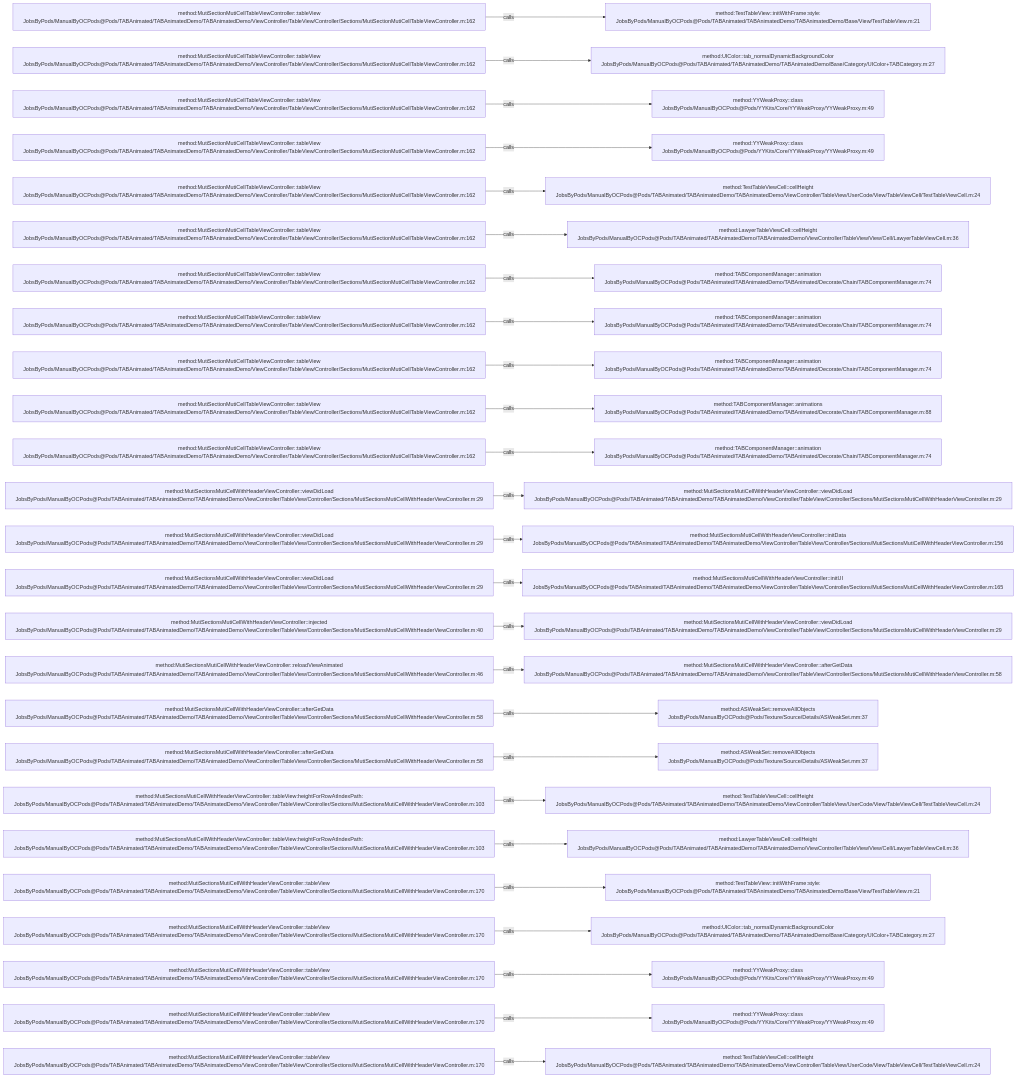
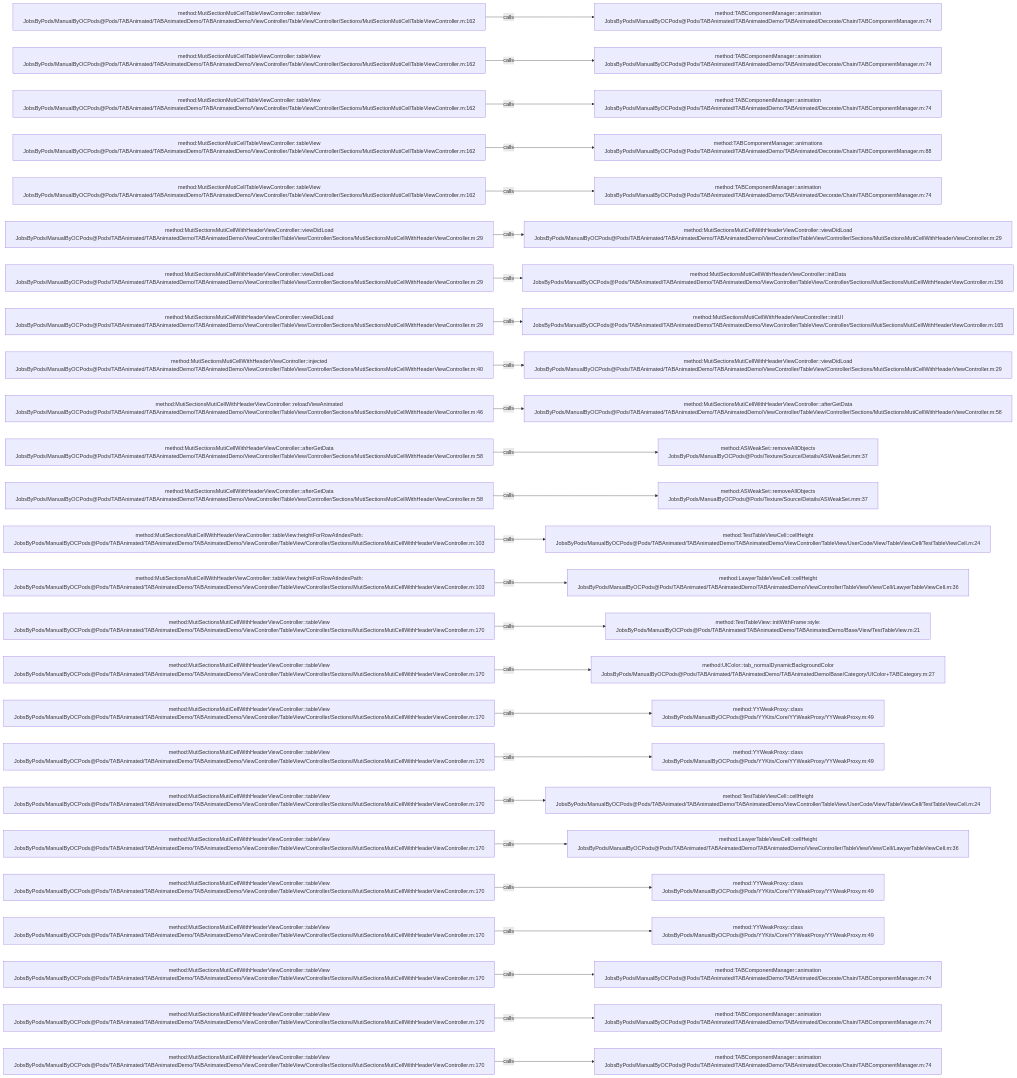
The diagram in .codegraph/codegraph.md/graphs/calls-054.md (JobsKits/JobsOCBaseConfigDemo), drawn with Mermaid before and after one commit. The commit also changed 666 other files, not shown here.

````diff
--- a/.codegraph/codegraph.md/graphs/calls-054.md
+++ b/.codegraph/codegraph.md/graphs/calls-054.md
@@ -13,78 +13,78 @@
 ```mermaid
 flowchart LR
   S1["method:MutiSectionMutiCellTableViewController::tableView<br/>JobsByPods/ManualByOCPods@Pods/TABAnimated/TABAnimatedDemo/TABAnimatedDemo/ViewController/TableView/Controller/Sections/MutiSectionMutiCellTableViewController.m:162"]
-  T1["method:TestTableView::initWithFrame:style:<br/>JobsByPods/ManualByOCPods@Pods/TABAnimated/TABAnimatedDemo/TABAnimatedDemo/Base/View/TestTableView.m:21"]
+  T1["method:TABComponentManager::animation<br/>JobsByPods/ManualByOCPods@Pods/TABAnimated/TABAnimatedDemo/TABAnimated/Decorate/Chain/TABComponentManager.m:74"]
   S1 -->|calls| T1
   S2["method:MutiSectionMutiCellTableViewController::tableView<br/>JobsByPods/ManualByOCPods@Pods/TABAnimated/TABAnimatedDemo/TABAnimatedDemo/ViewController/TableView/Controller/Sections/MutiSectionMutiCellTableViewController.m:162"]
-  T2["method:UIColor::tab_normalDynamicBackgroundColor<br/>JobsByPods/ManualByOCPods@Pods/TABAnimated/TABAnimatedDemo/TABAnimatedDemo/Base/Category/UIColor+TABCategory.m:27"]
+  T2["method:TABComponentManager::animation<br/>JobsByPods/ManualByOCPods@Pods/TABAnimated/TABAnimatedDemo/TABAnimated/Decorate/Chain/TABComponentManager.m:74"]
   S2 -->|calls| T2
   S3["method:MutiSectionMutiCellTableViewController::tableView<br/>JobsByPods/ManualByOCPods@Pods/TABAnimated/TABAnimatedDemo/TABAnimatedDemo/ViewController/TableView/Controller/Sections/MutiSectionMutiCellTableViewController.m:162"]
-  T3["method:YYWeakProxy::class<br/>JobsByPods/ManualByOCPods@Pods/YYKits/Core/YYWeakProxy/YYWeakProxy.m:49"]
+  T3["method:TABComponentManager::animation<br/>JobsByPods/ManualByOCPods@Pods/TABAnimated/TABAnimatedDemo/TABAnimated/Decorate/Chain/TABComponentManager.m:74"]
   S3 -->|calls| T3
   S4["method:MutiSectionMutiCellTableViewController::tableView<br/>JobsByPods/ManualByOCPods@Pods/TABAnimated/TABAnimatedDemo/TABAnimatedDemo/ViewController/TableView/Controller/Sections/MutiSectionMutiCellTableViewController.m:162"]
-  T4["method:YYWeakProxy::class<br/>JobsByPods/ManualByOCPods@Pods/YYKits/Core/YYWeakProxy/YYWeakProxy.m:49"]
+  T4["method:TABComponentManager::animations<br/>JobsByPods/ManualByOCPods@Pods/TABAnimated/TABAnimatedDemo/TABAnimated/Decorate/Chain/TABComponentManager.m:88"]
   S4 -->|calls| T4
   S5["method:MutiSectionMutiCellTableViewController::tableView<br/>JobsByPods/ManualByOCPods@Pods/TABAnimated/TABAnimatedDemo/TABAnimatedDemo/ViewController/TableView/Controller/Sections/MutiSectionMutiCellTableViewController.m:162"]
-  T5["method:TestTableViewCell::cellHeight<br/>JobsByPods/ManualByOCPods@Pods/TABAnimated/TABAnimatedDemo/TABAnimatedDemo/ViewController/TableView/UserCode/View/TableViewCell/TestTableViewCell.m:24"]
+  T5["method:TABComponentManager::animation<br/>JobsByPods/ManualByOCPods@Pods/TABAnimated/TABAnimatedDemo/TABAnimated/Decorate/Chain/TABComponentManager.m:74"]
   S5 -->|calls| T5
-  S6["method:MutiSectionMutiCellTableViewController::tableView<br/>JobsByPods/ManualByOCPods@Pods/TABAnimated/TABAnimatedDemo/TABAnimatedDemo/ViewController/TableView/Controller/Sections/MutiSectionMutiCellTableViewController.m:162"]
-  T6["method:LawyerTableViewCell::cellHeight<br/>JobsByPods/ManualByOCPods@Pods/TABAnimated/TABAnimatedDemo/TABAnimatedDemo/ViewController/TableView/View/Cell/LawyerTableViewCell.m:36"]
+  S6["method:MutiSectionsMutiCellWithHeaderViewController::viewDidLoad<br/>JobsByPods/ManualByOCPods@Pods/TABAnimated/TABAnimatedDemo/TABAnimatedDemo/ViewController/TableView/Controller/Sections/MutiSectionsMutiCellWithHeaderViewController.m:29"]
+  T6["method:MutiSectionsMutiCellWithHeaderViewController::viewDidLoad<br/>JobsByPods/ManualByOCPods@Pods/TABAnimated/TABAnimatedDemo/TABAnimatedDemo/ViewController/TableView/Controller/Sections/MutiSectionsMutiCellWithHeaderViewController.m:29"]
   S6 -->|calls| T6
-  S7["method:MutiSectionMutiCellTableViewController::tableView<br/>JobsByPods/ManualByOCPods@Pods/TABAnimated/TABAnimatedDemo/TABAnimatedDemo/ViewController/TableView/Controller/Sections/MutiSectionMutiCellTableViewController.m:162"]
-  T7["method:TABComponentManager::animation<br/>JobsByPods/ManualByOCPods@Pods/TABAnimated/TABAnimatedDemo/TABAnimated/Decorate/Chain/TABComponentManager.m:74"]
+  S7["method:MutiSectionsMutiCellWithHeaderViewController::viewDidLoad<br/>JobsByPods/ManualByOCPods@Pods/TABAnimated/TABAnimatedDemo/TABAnimatedDemo/ViewController/TableView/Controller/Sections/MutiSectionsMutiCellWithHeaderViewController.m:29"]
+  T7["method:MutiSectionsMutiCellWithHeaderViewController::initData<br/>JobsByPods/ManualByOCPods@Pods/TABAnimated/TABAnimatedDemo/TABAnimatedDemo/ViewController/TableView/Controller/Sections/MutiSectionsMutiCellWithHeaderViewController.m:156"]
   S7 -->|calls| T7
-  S8["method:MutiSectionMutiCellTableViewController::tableView<br/>JobsByPods/ManualByOCPods@Pods/TABAnimated/TABAnimatedDemo/TABAnimatedDemo/ViewController/TableView/Controller/Sections/MutiSectionMutiCellTableViewController.m:162"]
-  T8["method:TABComponentManager::animation<br/>JobsByPods/ManualByOCPods@Pods/TABAnimated/TABAnimatedDemo/TABAnimated/Decorate/Chain/TABComponentManager.m:74"]
+  S8["method:MutiSectionsMutiCellWithHeaderViewController::viewDidLoad<br/>JobsByPods/ManualByOCPods@Pods/TABAnimated/TABAnimatedDemo/TABAnimatedDemo/ViewController/TableView/Controller/Sections/MutiSectionsMutiCellWithHeaderViewController.m:29"]
+  T8["method:MutiSectionsMutiCellWithHeaderViewController::initUI<br/>JobsByPods/ManualByOCPods@Pods/TABAnimated/TABAnimatedDemo/TABAnimatedDemo/ViewController/TableView/Controller/Sections/MutiSectionsMutiCellWithHeaderViewController.m:165"]
   S8 -->|calls| T8
-  S9["method:MutiSectionMutiCellTableViewController::tableView<br/>JobsByPods/ManualByOCPods@Pods/TABAnimated/TABAnimatedDemo/TABAnimatedDemo/ViewController/TableView/Controller/Sections/MutiSectionMutiCellTableViewController.m:162"]
-  T9["method:TABComponentManager::animation<br/>JobsByPods/ManualByOCPods@Pods/TABAnimated/TABAnimatedDemo/TABAnimated/Decorate/Chain/TABComponentManager.m:74"]
+  S9["method:MutiSectionsMutiCellWithHeaderViewController::injected<br/>JobsByPods/ManualByOCPods@Pods/TABAnimated/TABAnimatedDemo/TABAnimatedDemo/ViewController/TableView/Controller/Sections/MutiSectionsMutiCellWithHeaderViewController.m:40"]
+  T9["method:MutiSectionsMutiCellWithHeaderViewController::viewDidLoad<br/>JobsByPods/ManualByOCPods@Pods/TABAnimated/TABAnimatedDemo/TABAnimatedDemo/ViewController/TableView/Controller/Sections/MutiSectionsMutiCellWithHeaderViewController.m:29"]
   S9 -->|calls| T9
-  S10["method:MutiSectionMutiCellTableViewController::tableView<br/>JobsByPods/ManualByOCPods@Pods/TABAnimated/TABAnimatedDemo/TABAnimatedDemo/ViewController/TableView/Controller/Sections/MutiSectionMutiCellTableViewController.m:162"]
-  T10["method:TABComponentManager::animations<br/>JobsByPods/ManualByOCPods@Pods/TABAnimated/TABAnimatedDemo/TABAnimated/Decorate/Chain/TABComponentManager.m:88"]
+  S10["method:MutiSectionsMutiCellWithHeaderViewController::reloadViewAnimated<br/>JobsByPods/ManualByOCPods@Pods/TABAnimated/TABAnimatedDemo/TABAnimatedDemo/ViewController/TableView/Controller/Sections/MutiSectionsMutiCellWithHeaderViewController.m:46"]
+  T10["method:MutiSectionsMutiCellWithHeaderViewController::afterGetData<br/>JobsByPods/ManualByOCPods@Pods/TABAnimated/TABAnimatedDemo/TABAnimatedDemo/ViewController/TableView/Controller/Sections/MutiSectionsMutiCellWithHeaderViewController.m:58"]
   S10 -->|calls| T10
-  S11["method:MutiSectionMutiCellTableViewController::tableView<br/>JobsByPods/ManualByOCPods@Pods/TABAnimated/TABAnimatedDemo/TABAnimatedDemo/ViewController/TableView/Controller/Sections/MutiSectionMutiCellTableViewController.m:162"]
-  T11["method:TABComponentManager::animation<br/>JobsByPods/ManualByOCPods@Pods/TABAnimated/TABAnimatedDemo/TABAnimated/Decorate/Chain/TABComponentManager.m:74"]
+  S11["method:MutiSectionsMutiCellWithHeaderViewController::afterGetData<br/>JobsByPods/ManualByOCPods@Pods/TABAnimated/TABAnimatedDemo/TABAnimatedDemo/ViewController/TableView/Controller/Sections/MutiSectionsMutiCellWithHeaderViewController.m:58"]
+  T11["method:ASWeakSet::removeAllObjects<br/>JobsByPods/ManualByOCPods@Pods/Texture/Source/Details/ASWeakSet.mm:37"]
   S11 -->|calls| T11
-  S12["method:MutiSectionsMutiCellWithHeaderViewController::viewDidLoad<br/>JobsByPods/ManualByOCPods@Pods/TABAnimated/TABAnimatedDemo/TABAnimatedDemo/ViewController/TableView/Controller/Sections/MutiSectionsMutiCellWithHeaderViewController.m:29"]
-  T12["method:MutiSectionsMutiCellWithHeaderViewController::viewDidLoad<br/>JobsByPods/ManualByOCPods@Pods/TABAnimated/TABAnimatedDemo/TABAnimatedDemo/ViewController/TableView/Controller/Sections/MutiSectionsMutiCellWithHeaderViewController.m:29"]
+  S12["method:MutiSectionsMutiCellWithHeaderViewController::afterGetData<br/>JobsByPods/ManualByOCPods@Pods/TABAnimated/TABAnimatedDemo/TABAnimatedDemo/ViewController/TableView/Controller/Sections/MutiSectionsMutiCellWithHeaderViewController.m:58"]
+  T12["method:ASWeakSet::removeAllObjects<br/>JobsByPods/ManualByOCPods@Pods/Texture/Source/Details/ASWeakSet.mm:37"]
   S12 -->|calls| T12
-  S13["method:MutiSectionsMutiCellWithHeaderViewController::viewDidLoad<br/>JobsByPods/ManualByOCPods@Pods/TABAnimated/TABAnimatedDemo/TABAnimatedDemo/ViewController/TableView/Controller/Sections/MutiSectionsMutiCellWithHeaderViewController.m:29"]
-  T13["method:MutiSectionsMutiCellWithHeaderViewController::initData<br/>JobsByPods/ManualByOCPods@Pods/TABAnimated/TABAnimatedDemo/TABAnimatedDemo/ViewController/TableView/Controller/Sections/MutiSectionsMutiCellWithHeaderViewController.m:156"]
+  S13["method:MutiSectionsMutiCellWithHeaderViewController::tableView:heightForRowAtIndexPath:<br/>JobsByPods/ManualByOCPods@Pods/TABAnimated/TABAnimatedDemo/TABAnimatedDemo/ViewController/TableView/Controller/Sections/MutiSectionsMutiCellWithHeaderViewController.m:103"]
+  T13["method:TestTableViewCell::cellHeight<br/>JobsByPods/ManualByOCPods@Pods/TABAnimated/TABAnimatedDemo/TABAnimatedDemo/ViewController/TableView/UserCode/View/TableViewCell/TestTableViewCell.m:24"]
   S13 -->|calls| T13
-  S14["method:MutiSectionsMutiCellWithHeaderViewController::viewDidLoad<br/>JobsByPods/ManualByOCPods@Pods/TABAnimated/TABAnimatedDemo/TABAnimatedDemo/ViewController/TableView/Controller/Sections/MutiSectionsMutiCellWithHeaderViewController.m:29"]
-  T14["method:MutiSectionsMutiCellWithHeaderViewController::initUI<br/>JobsByPods/ManualByOCPods@Pods/TABAnimated/TABAnimatedDemo/TABAnimatedDemo/ViewController/TableView/Controller/Sections/MutiSectionsMutiCellWithHeaderViewController.m:165"]
+  S14["method:MutiSectionsMutiCellWithHeaderViewController::tableView:heightForRowAtIndexPath:<br/>JobsByPods/ManualByOCPods@Pods/TABAnimated/TABAnimatedDemo/TABAnimatedDemo/ViewController/TableView/Controller/Sections/MutiSectionsMutiCellWithHeaderViewController.m:103"]
+  T14["method:LawyerTableViewCell::cellHeight<br/>JobsByPods/ManualByOCPods@Pods/TABAnimated/TABAnimatedDemo/TABAnimatedDemo/ViewController/TableView/View/Cell/LawyerTableViewCell.m:36"]
   S14 -->|calls| T14
-  S15["method:MutiSectionsMutiCellWithHeaderViewController::injected<br/>JobsByPods/ManualByOCPods@Pods/TABAnimated/TABAnimatedDemo/TABAnimatedDemo/ViewController/TableView/Controller/Sections/MutiSectionsMutiCellWithHeaderViewController.m:40"]
-  T15["method:MutiSectionsMutiCellWithHeaderViewController::viewDidLoad<br/>JobsByPods/ManualByOCPods@Pods/TABAnimated/TABAnimatedDemo/TABAnimatedDemo/ViewController/TableView/Controller/Sections/MutiSectionsMutiCellWithHeaderViewController.m:29"]
+  S15["method:MutiSectionsMutiCellWithHeaderViewController::tableView<br/>JobsByPods/ManualByOCPods@Pods/TABAnimated/TABAnimatedDemo/TABAnimatedDemo/ViewController/TableView/Controller/Sections/MutiSectionsMutiCellWithHeaderViewController.m:170"]
+  T15["method:TestTableView::initWithFrame:style:<br/>JobsByPods/ManualByOCPods@Pods/TABAnimated/TABAnimatedDemo/TABAnimatedDemo/Base/View/TestTableView.m:21"]
   S15 -->|calls| T15
-  S16["method:MutiSectionsMutiCellWithHeaderViewController::reloadViewAnimated<br/>JobsByPods/ManualByOCPods@Pods/TABAnimated/TABAnimatedDemo/TABAnimatedDemo/ViewController/TableView/Controller/Sections/MutiSectionsMutiCellWithHeaderViewController.m:46"]
-  T16["method:MutiSectionsMutiCellWithHeaderViewController::afterGetData<br/>JobsByPods/ManualByOCPods@Pods/TABAnimated/TABAnimatedDemo/TABAnimatedDemo/ViewController/TableView/Controller/Sections/MutiSectionsMutiCellWithHeaderViewController.m:58"]
+  S16["method:MutiSectionsMutiCellWithHeaderViewController::tableView<br/>JobsByPods/ManualByOCPods@Pods/TABAnimated/TABAnimatedDemo/TABAnimatedDemo/ViewController/TableView/Controller/Sections/MutiSectionsMutiCellWithHeaderViewController.m:170"]
+  T16["method:UIColor::tab_normalDynamicBackgroundColor<br/>JobsByPods/ManualByOCPods@Pods/TABAnimated/TABAnimatedDemo/TABAnimatedDemo/Base/Category/UIColor+TABCategory.m:27"]
   S16 -->|calls| T16
-  S17["method:MutiSectionsMutiCellWithHeaderViewController::afterGetData<br/>JobsByPods/ManualByOCPods@Pods/TABAnimated/TABAnimatedDemo/TABAnimatedDemo/ViewController/TableView/Controller/Sections/MutiSectionsMutiCellWithHeaderViewController.m:58"]
-  T17["method:ASWeakSet::removeAllObjects<br/>JobsByPods/ManualByOCPods@Pods/Texture/Source/Details/ASWeakSet.mm:37"]
+  S17["method:MutiSectionsMutiCellWithHeaderViewController::tableView<br/>JobsByPods/ManualByOCPods@Pods/TABAnimated/TABAnimatedDemo/TABAnimatedDemo/ViewController/TableView/Controller/Sections/MutiSectionsMutiCellWithHeaderViewController.m:170"]
+  T17["method:YYWeakProxy::class<br/>JobsByPods/ManualByOCPods@Pods/YYKits/Core/YYWeakProxy/YYWeakProxy.m:49"]
   S17 -->|calls| T17
-  S18["method:MutiSectionsMutiCellWithHeaderViewController::afterGetData<br/>JobsByPods/ManualByOCPods@Pods/TABAnimated/TABAnimatedDemo/TABAnimatedDemo/ViewController/TableView/Controller/Sections/MutiSectionsMutiCellWithHeaderViewController.m:58"]
-  T18["method:ASWeakSet::removeAllObjects<br/>JobsByPods/ManualByOCPods@Pods/Texture/Source/Details/ASWeakSet.mm:37"]
+  S18["method:MutiSectionsMutiCellWithHeaderViewController::tableView<br/>JobsByPods/ManualByOCPods@Pods/TABAnimated/TABAnimatedDemo/TABAnimatedDemo/ViewController/TableView/Controller/Sections/MutiSectionsMutiCellWithHeaderViewController.m:170"]
+  T18["method:YYWeakProxy::class<br/>JobsByPods/ManualByOCPods@Pods/YYKits/Core/YYWeakProxy/YYWeakProxy.m:49"]
   S18 -->|calls| T18
-  S19["method:MutiSectionsMutiCellWithHeaderViewController::tableView:heightForRowAtIndexPath:<br/>JobsByPods/ManualByOCPods@Pods/TABAnimated/TABAnimatedDemo/TABAnimatedDemo/ViewController/TableView/Controller/Sections/MutiSectionsMutiCellWithHeaderViewController.m:103"]
+  S19["method:MutiSectionsMutiCellWithHeaderViewController::tableView<br/>JobsByPods/ManualByOCPods@Pods/TABAnimated/TABAnimatedDemo/TABAnimatedDemo/ViewController/TableView/Controller/Sections/MutiSectionsMutiCellWithHeaderViewController.m:170"]
   T19["method:TestTableViewCell::cellHeight<br/>JobsByPods/ManualByOCPods@Pods/TABAnimated/TABAnimatedDemo/TABAnimatedDemo/ViewController/TableView/UserCode/View/TableViewCell/TestTableViewCell.m:24"]
   S19 -->|calls| T19
-  S20["method:MutiSectionsMutiCellWithHeaderViewController::tableView:heightForRowAtIndexPath:<br/>JobsByPods/ManualByOCPods@Pods/TABAnimated/TABAnimatedDemo/TABAnimatedDemo/ViewController/TableView/Controller/Sections/MutiSectionsMutiCellWithHeaderViewController.m:103"]
+  S20["method:MutiSectionsMutiCellWithHeaderViewController::tableView<br/>JobsByPods/ManualByOCPods@Pods/TABAnimated/TABAnimatedDemo/TABAnimatedDemo/ViewController/TableView/Controller/Sections/MutiSectionsMutiCellWithHeaderViewController.m:170"]
   T20["method:LawyerTableViewCell::cellHeight<br/>JobsByPods/ManualByOCPods@Pods/TABAnimated/TABAnimatedDemo/TABAnimatedDemo/ViewController/TableView/View/Cell/LawyerTableViewCell.m:36"]
   S20 -->|calls| T20
   S21["method:MutiSectionsMutiCellWithHeaderViewController::tableView<br/>JobsByPods/ManualByOCPods@Pods/TABAnimated/TABAnimatedDemo/TABAnimatedDemo/ViewController/TableView/Controller/Sections/MutiSectionsMutiCellWithHeaderViewController.m:170"]
-  T21["method:TestTableView::initWithFrame:style:<br/>JobsByPods/ManualByOCPods@Pods/TABAnimated/TABAnimatedDemo/TABAnimatedDemo/Base/View/TestTableView.m:21"]
+  T21["method:YYWeakProxy::class<br/>JobsByPods/ManualByOCPods@Pods/YYKits/Core/YYWeakProxy/YYWeakProxy.m:49"]
   S21 -->|calls| T21
   S22["method:MutiSectionsMutiCellWithHeaderViewController::tableView<br/>JobsByPods/ManualByOCPods@Pods/TABAnimated/TABAnimatedDemo/TABAnimatedDemo/ViewController/TableView/Controller/Sections/MutiSectionsMutiCellWithHeaderViewController.m:170"]
-  T22["method:UIColor::tab_normalDynamicBackgroundColor<br/>JobsByPods/ManualByOCPods@Pods/TABAnimated/TABAnimatedDemo/TABAnimatedDemo/Base/Category/UIColor+TABCategory.m:27"]
+  T22["method:YYWeakProxy::class<br/>JobsByPods/ManualByOCPods@Pods/YYKits/Core/YYWeakProxy/YYWeakProxy.m:49"]
   S22 -->|calls| T22
   S23["method:MutiSectionsMutiCellWithHeaderViewController::tableView<br/>JobsByPods/ManualByOCPods@Pods/TABAnimated/TABAnimatedDemo/TABAnimatedDemo/ViewController/TableView/Controller/Sections/MutiSectionsMutiCellWithHeaderViewController.m:170"]
-  T23["method:YYWeakProxy::class<br/>JobsByPods/ManualByOCPods@Pods/YYKits/Core/YYWeakProxy/YYWeakProxy.m:49"]
+  T23["method:TABComponentManager::animation<br/>JobsByPods/ManualByOCPods@Pods/TABAnimated/TABAnimatedDemo/TABAnimated/Decorate/Chain/TABComponentManager.m:74"]
   S23 -->|calls| T23
   S24["method:MutiSectionsMutiCellWithHeaderViewController::tableView<br/>JobsByPods/ManualByOCPods@Pods/TABAnimated/TABAnimatedDemo/TABAnimatedDemo/ViewController/TableView/Controller/Sections/MutiSectionsMutiCellWithHeaderViewController.m:170"]
-  T24["method:YYWeakProxy::class<br/>JobsByPods/ManualByOCPods@Pods/YYKits/Core/YYWeakProxy/YYWeakProxy.m:49"]
+  T24["method:TABComponentManager::animation<br/>JobsByPods/ManualByOCPods@Pods/TABAnimated/TABAnimatedDemo/TABAnimated/Decorate/Chain/TABComponentManager.m:74"]
   S24 -->|calls| T24
   S25["method:MutiSectionsMutiCellWithHeaderViewController::tableView<br/>JobsByPods/ManualByOCPods@Pods/TABAnimated/TABAnimatedDemo/TABAnimatedDemo/ViewController/TableView/Controller/Sections/MutiSectionsMutiCellWithHeaderViewController.m:170"]
-  T25["method:TestTableViewCell::cellHeight<br/>JobsByPods/ManualByOCPods@Pods/TABAnimated/TABAnimatedDemo/TABAnimatedDemo/ViewController/TableView/UserCode/View/TableViewCell/TestTableViewCell.m:24"]
+  T25["method:TABComponentManager::animation<br/>JobsByPods/ManualByOCPods@Pods/TABAnimated/TABAnimatedDemo/TABAnimated/Decorate/Chain/TABComponentManager.m:74"]
   S25 -->|calls| T25
 ```
````
